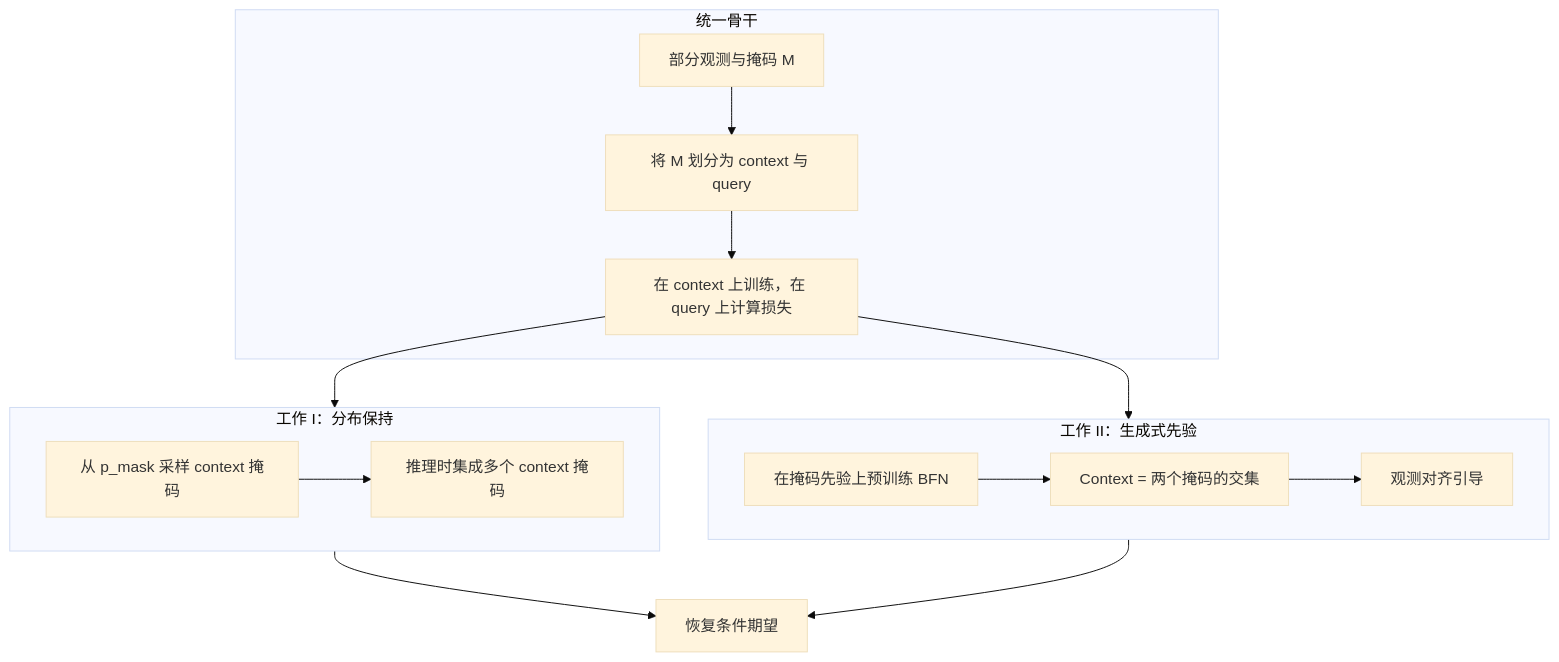
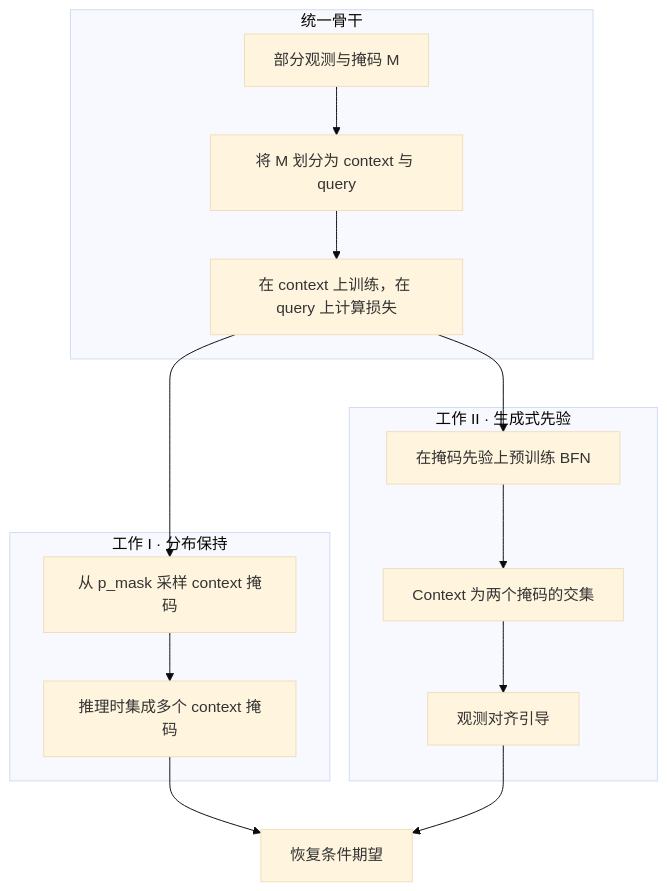
The diagram in _research/context-query-dynamics-zh.md (zzhnomorebugs/zzhnomorebugs.github.io), drawn with Mermaid (base theme) before and after one commit. The commit also changed 6 other files, not shown here.

```diff
--- a/_research/context-query-dynamics-zh.md
+++ b/_research/context-query-dynamics-zh.md
@@ -40,27 +40,31 @@
 <div class="mermaid">
 flowchart TB
-  subgraph backbone[统一骨干]
+  subgraph backbone [统一骨干]
     obs["部分观测与掩码 M"]
     split["将 M 划分为 context 与 query"]
     train["在 context 上训练，在 query 上计算损失"]
-    obs --> split --> train
+    obs --> split
+    split --> train
   end
 
-  subgraph work1["工作 I：分布保持"]
+  subgraph work1 [工作 I · 分布保持]
     part1["从 p_mask 采样 context 掩码"]
     ens["推理时集成多个 context 掩码"]
     part1 --> ens
   end
 
-  subgraph work2["工作 II：生成式先验"]
+  subgraph work2 [工作 II · 生成式先验]
     bfn["在掩码先验上预训练 BFN"]
-    inter["Context = 两个掩码的交集"]
+    inter["Context 为两个掩码的交集"]
     guide["观测对齐引导"]
-    bfn --> inter --> guide
+    bfn --> inter
+    inter --> guide
   end
 
-  train --> work1
-  train --> work2
-  work1 --> out["恢复条件期望"]
-  work2 --> out
+  out["恢复条件期望"]
+
+  train --> part1
+  train --> bfn
+  ens --> out
+  guide --> out
 </div>
```
